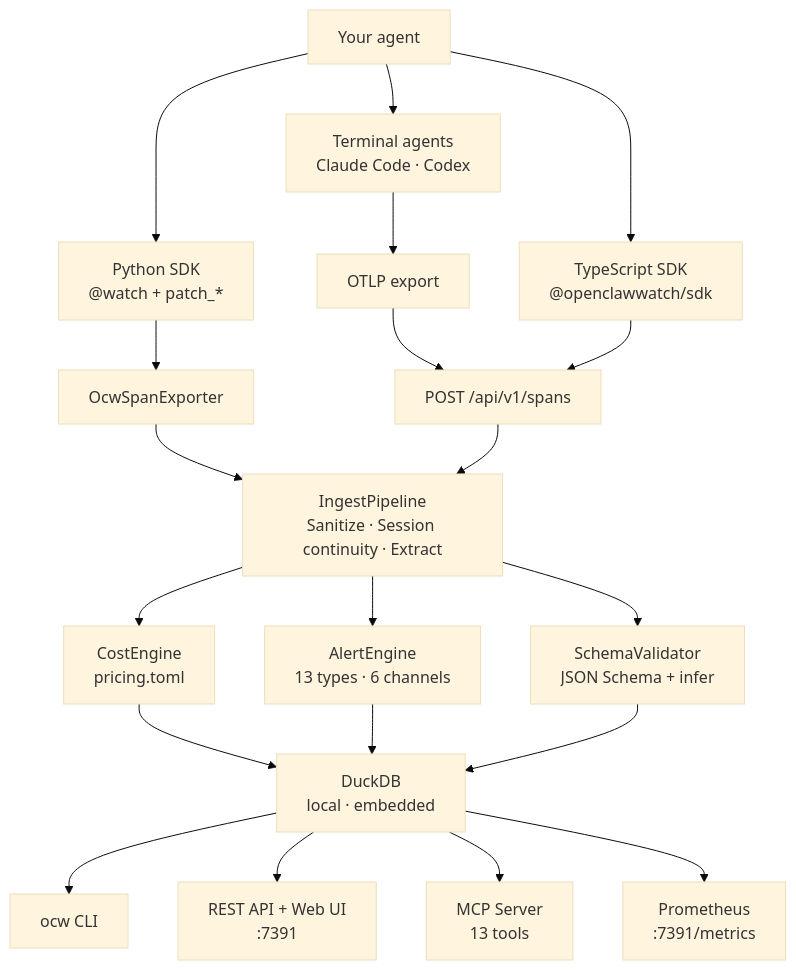
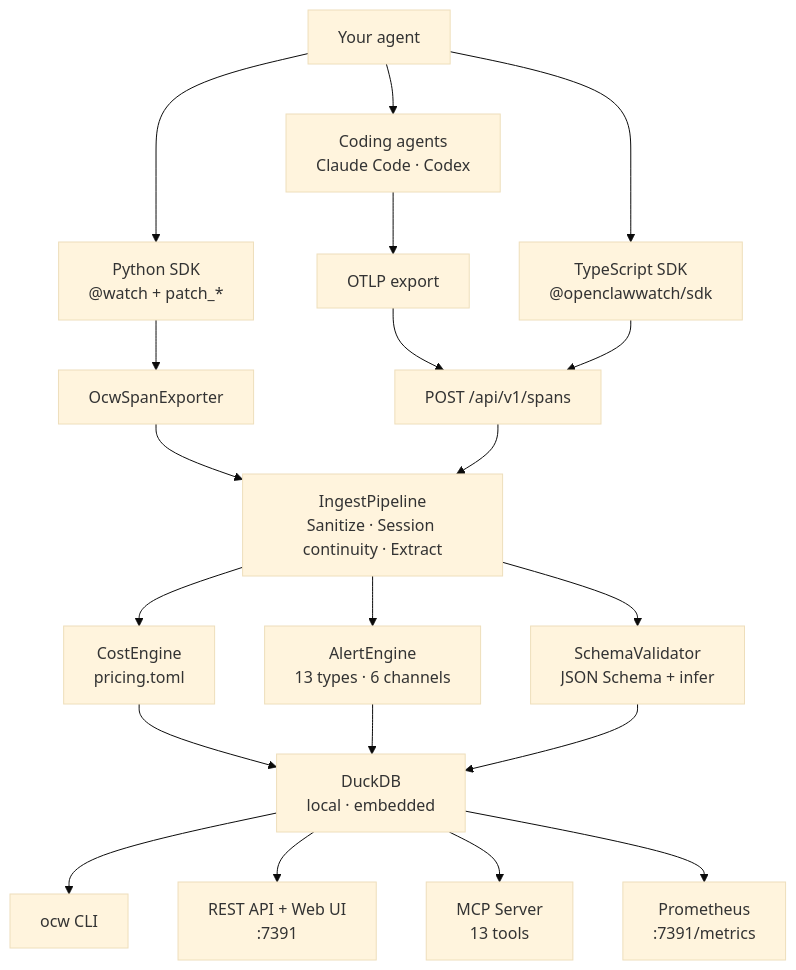
Before and after one commit to Metabuilder-Labs/openclawwatch: the diagram in README.md, drawn with Mermaid (base theme). The commit also changed other lines of this file, not shown here.

First line of the commit message:
Rename to "Coding agents" and expand the onboarding section

````diff
--- a/README.md
+++ b/README.md
@@ -337,31 +356,31 @@
 ```mermaid
 flowchart TD
     Agent["Your agent"]
 
-    Agent --> Terminal["Terminal agents\nClaude Code · Codex"]
+    Agent --> Terminal["Coding agents\nClaude Code · Codex"]
     Agent --> PythonSDK["Python SDK\n@watch + patch_*"]
     Agent --> TypeScriptSDK["TypeScript SDK\n@openclawwatch/sdk"]
 
     Terminal --> OTLP["OTLP export"]
     OTLP --> HTTP
     PythonSDK --> Exporter["OcwSpanExporter"]
     TypeScriptSDK --> HTTP["POST /api/v1/spans"]
 
     Exporter --> Ingest
     HTTP --> Ingest
 
     Ingest["IngestPipeline\nSanitize · Session continuity · Extract"]
 
     Ingest --> Cost["CostEngine\npricing.toml"]
     Ingest --> Alerts["AlertEngine\n13 types · 6 channels"]
     Ingest --> Schema["SchemaValidator\nJSON Schema + infer"]
 
     Cost --> DB["DuckDB\nlocal · embedded"]
     Alerts --> DB
     Schema --> DB
 
     DB --> CLI["ocw CLI"]
     DB --> API["REST API + Web UI\n:7391"]
     DB --> MCP["MCP Server\n13 tools"]
     DB --> Prom["Prometheus\n:7391/metrics"]
 ```
````
